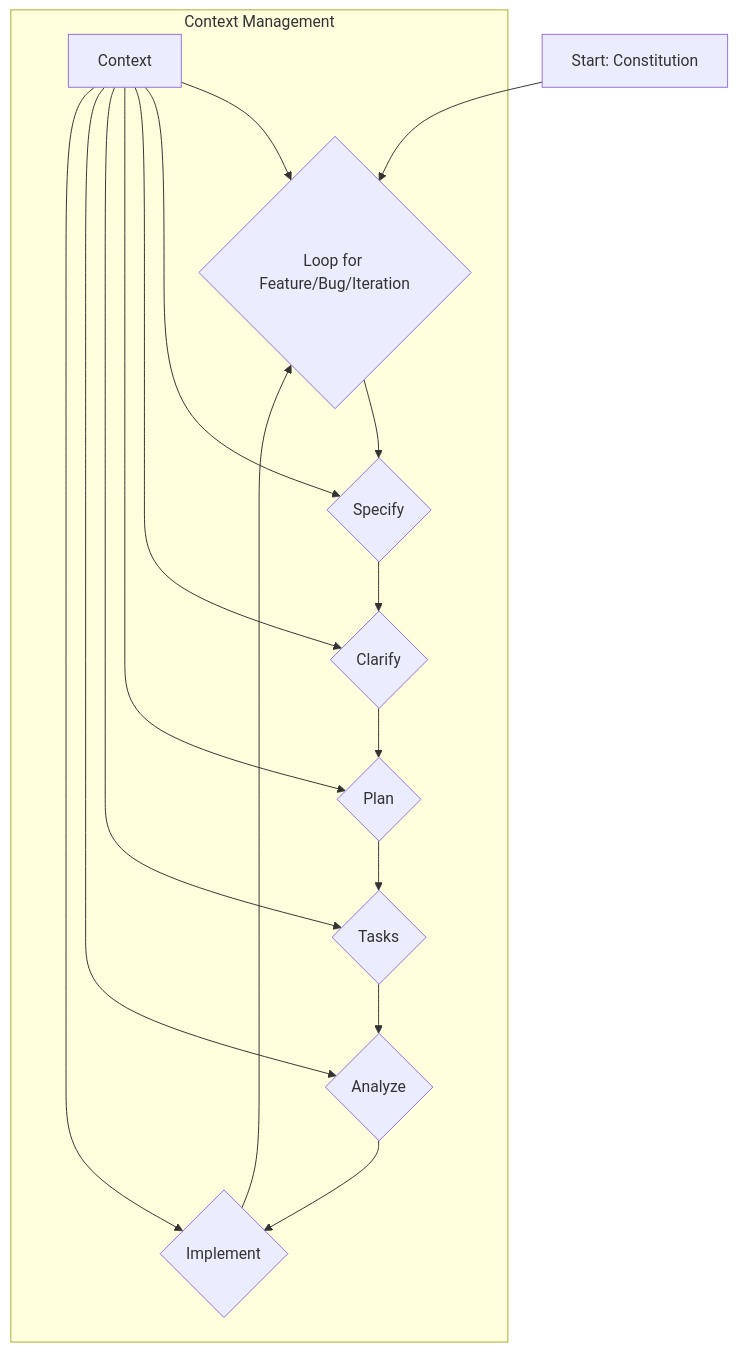
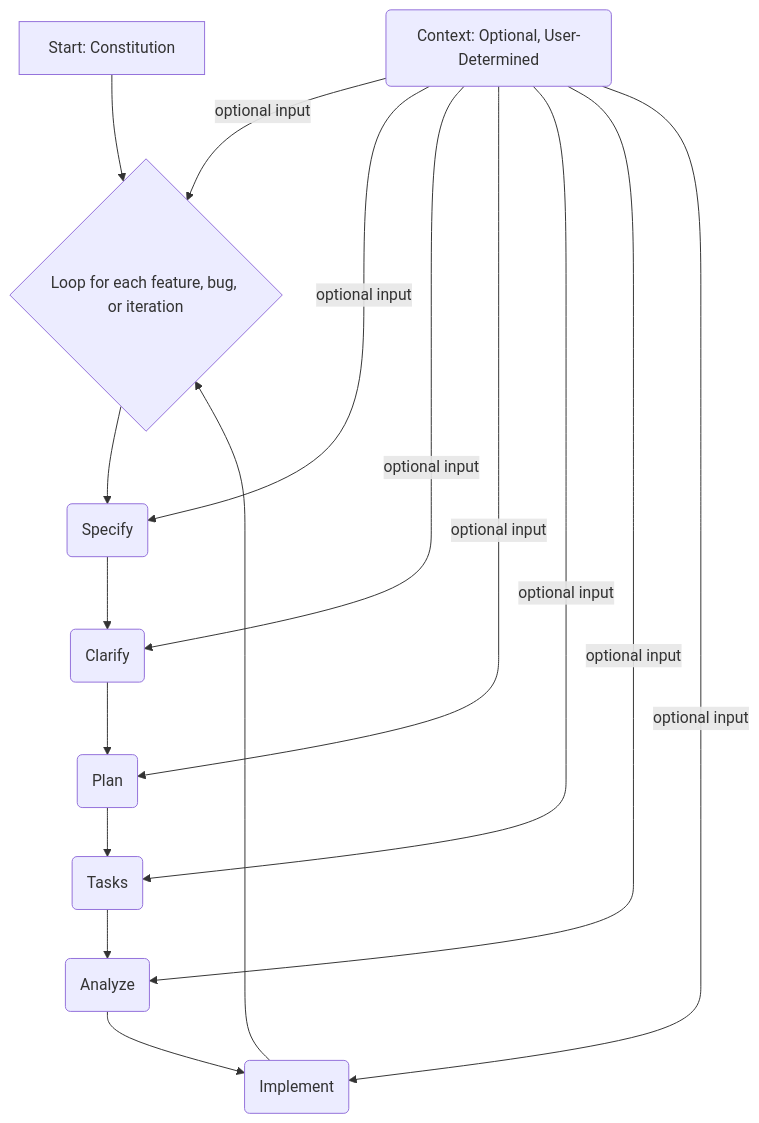
The diagram in README.md (kPinney/zed-spec-kit), drawn with Mermaid before and after one commit. The commit also changed other lines of this file, not shown here.

Commit message:
Docs: Update Mermaid diagram to show context as optional

````diff
--- a/README.md
+++ b/README.md
@@ -69,23 +69,23 @@
 ```mermaid
 graph TD
-    A[Start: Constitution] --> B{Loop for Feature/Bug/Iteration};
+    A[Start: Constitution] --> B{Loop for each feature, bug, or iteration};
 
-    B --> C{Specify};
-    C --> D{Clarify};
-    D --> E{Plan};
-    E --> F{Tasks};
-    F --> G{Analyze};
-    G --> H{Implement};
+    B --> C(Specify);
+    C --> D(Clarify);
+    D --> E(Plan);
+    E --> F(Tasks);
+    F --> G(Analyze);
+    G --> H(Implement);
 
     H --> B;
 
-    subgraph Context Management
-        I[Context] --> B;
-        I --> C;
-        I --> D;
-        I --> E;
-        I --> F;
-        I --> G;
-        I --> H;
-    end
+    I(Context: Optional, User-Determined)
+
+    I -- optional input --> B;
+    I -- optional input --> C;
+    I -- optional input --> D;
+    I -- optional input --> E;
+    I -- optional input --> F;
+    I -- optional input --> G;
+    I -- optional input --> H;
 ```
````
